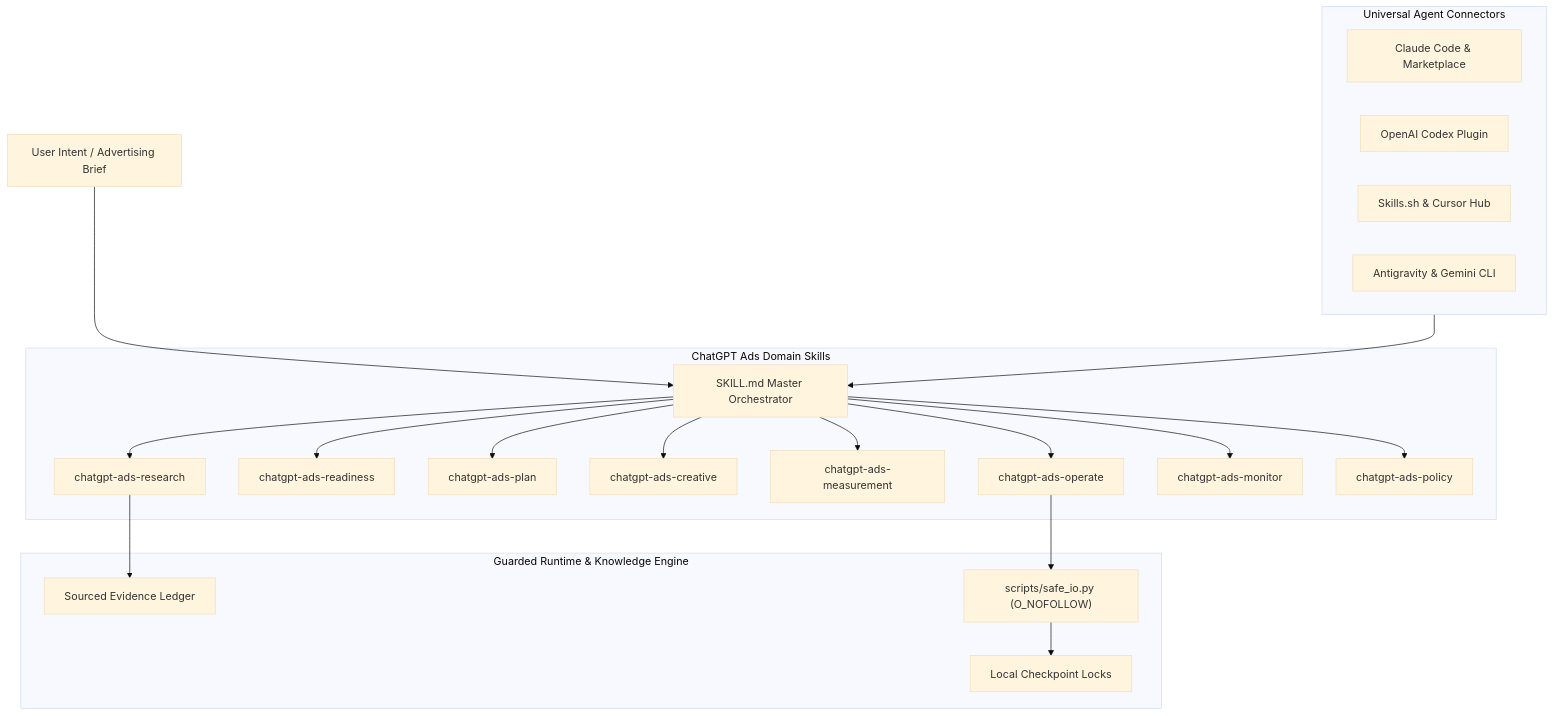
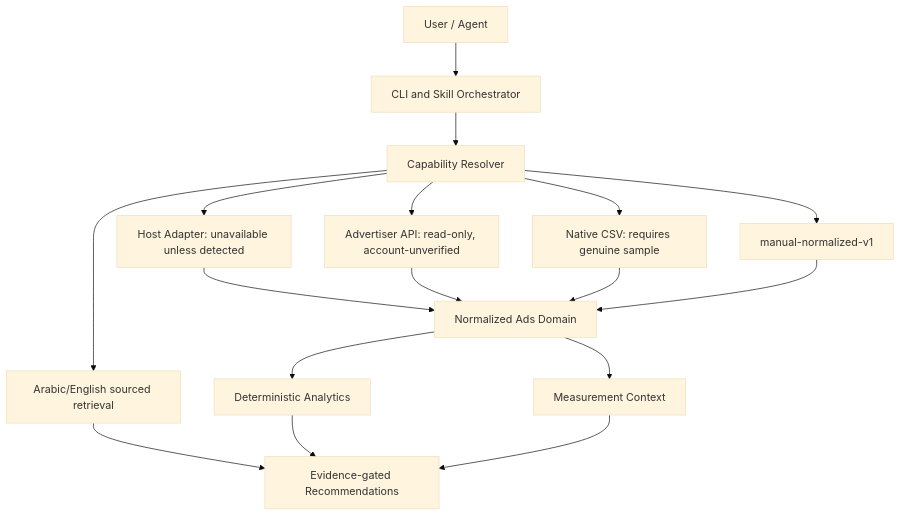
The diagram in README.md (imMamdouhaboammar/chatgpt-ads), drawn with Mermaid (base theme) before and after one commit. The commit also changed other lines of this file and 32 other files, not shown here.

First line of the commit message:
feat: implement local v0.5 read-only ads operator path

````diff
--- a/README.md
+++ b/README.md
@@ -21,30 +31,19 @@
 ```mermaid
 flowchart TD
-    User["User Intent / Advertising Brief"] --> Router["SKILL.md Master Orchestrator"]
-
-    subgraph Hub ["Universal Agent Connectors"]
-        Claude["Claude Code & Marketplace"]
-        Codex["OpenAI Codex Plugin"]
-        Cursor["Skills.sh & Cursor Hub"]
-        Gemini["Antigravity & Gemini CLI"]
-    end
-
-    Hub --> Router
-
-    subgraph Skills ["ChatGPT Ads Domain Skills"]
-        Router --> Research["chatgpt-ads-research"]
-        Router --> Readiness["chatgpt-ads-readiness"]
-        Router --> Plan["chatgpt-ads-plan"]
-        Router --> Creative["chatgpt-ads-creative"]
-        Router --> Measurement["chatgpt-ads-measurement"]
-        Router --> Operate["chatgpt-ads-operate"]
-        Router --> Monitor["chatgpt-ads-monitor"]
-        Router --> Policy["chatgpt-ads-policy"]
-    end
-
-    subgraph Core ["Guarded Runtime & Knowledge Engine"]
-        Research --> Ledger["Sourced Evidence Ledger"]
-        Operate --> SafeIO["scripts/safe_io.py (O_NOFOLLOW)"]
-        SafeIO --> Locks["Local Checkpoint Locks"]
-    end
+    User["User / Agent"] --> Orchestrator["CLI and Skill Orchestrator"]
+    Orchestrator --> Resolver["Capability Resolver"]
+    Resolver --> Host["Host Adapter: unavailable unless detected"]
+    Resolver --> API["Advertiser API: read-only, account-unverified"]
+    Resolver --> NativeCSV["Native CSV: requires genuine sample"]
+    Resolver --> NormalizedCSV["manual-normalized-v1"]
+    Resolver --> Knowledge["Arabic/English sourced retrieval"]
+    Host --> Domain["Normalized Ads Domain"]
+    API --> Domain
+    NativeCSV --> Domain
+    NormalizedCSV --> Domain
+    Domain --> Analytics["Deterministic Analytics"]
+    Domain --> Measurement["Measurement Context"]
+    Knowledge --> Recommendations["Evidence-gated Recommendations"]
+    Analytics --> Recommendations
+    Measurement --> Recommendations
 ```
````
